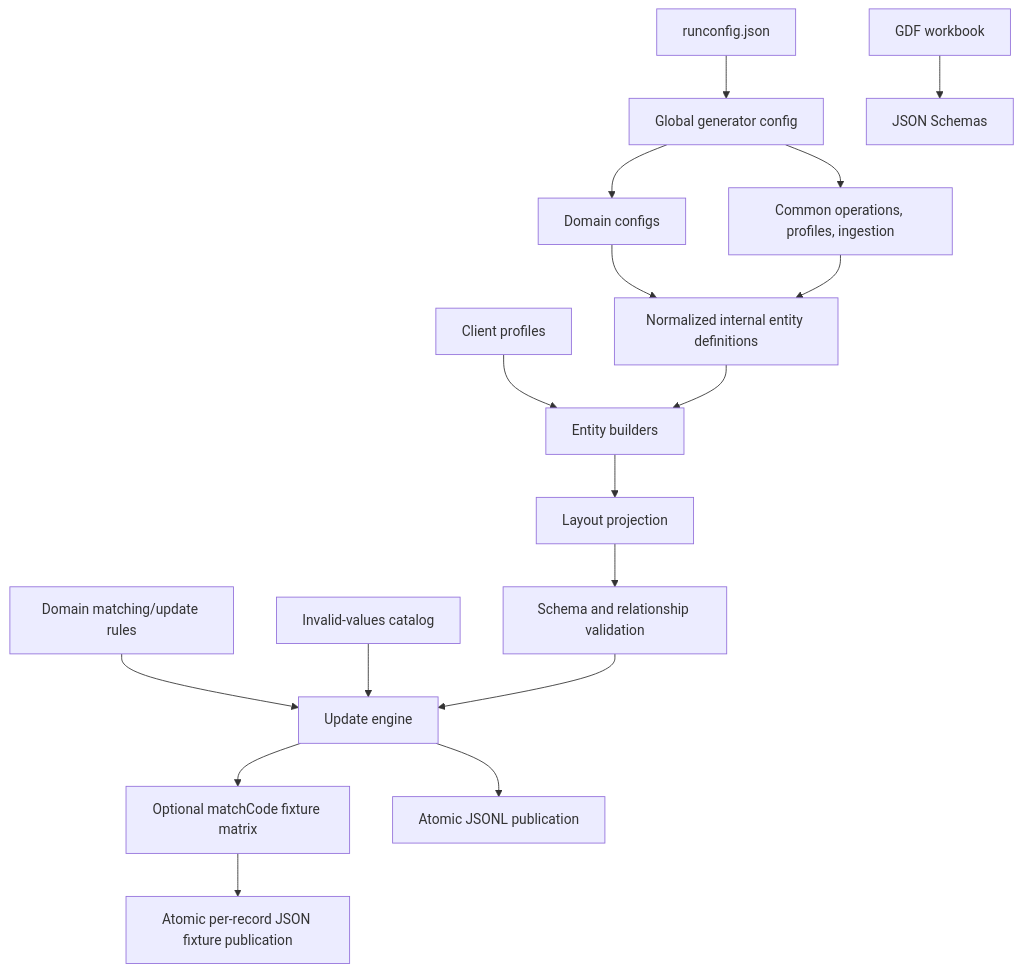
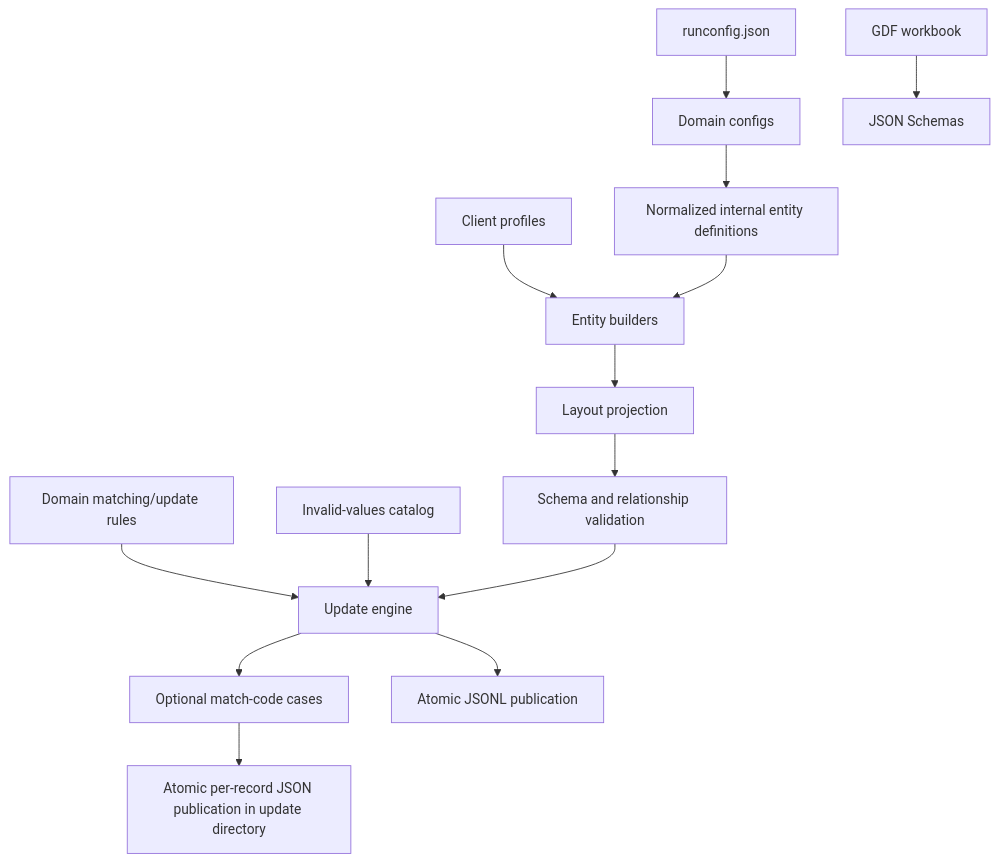
The diagram in Complete Project Documentation.md (gaganpandey58/test-data-generator), drawn with Mermaid before and after one commit. The commit also changed other lines of this file and 17 other files, not shown here.

````diff
--- a/Complete Project Documentation.md
+++ b/Complete Project Documentation.md
@@ -96,19 +90,16 @@
 ```mermaid
 flowchart TD
-    RC[runconfig.json] --> GC[Global generator config]
-    GC --> EC[Domain configs]
-    GC --> CC[Common operations, profiles, ingestion]
+    RC[runconfig.json] --> EC[Domain configs]
     EC --> N[Normalized internal entity definitions]
-    CC --> N
     CP[Client profiles] --> B[Entity builders]
     N --> B
     GDF[GDF workbook] --> S[JSON Schemas]
     B --> L[Layout projection]
     L --> V[Schema and relationship validation]
     R[Domain matching/update rules] --> U[Update engine]
     IV[Invalid-values catalog] --> U
     V --> U
-    U --> MF[Optional matchCode fixture matrix]
-    MF --> FM[Atomic per-record JSON fixture publication]
+    U --> MF[Optional match-code cases]
+    MF --> FM[Atomic per-record JSON publication in update directory]
     U --> P[Atomic JSONL publication]
 ```
````
